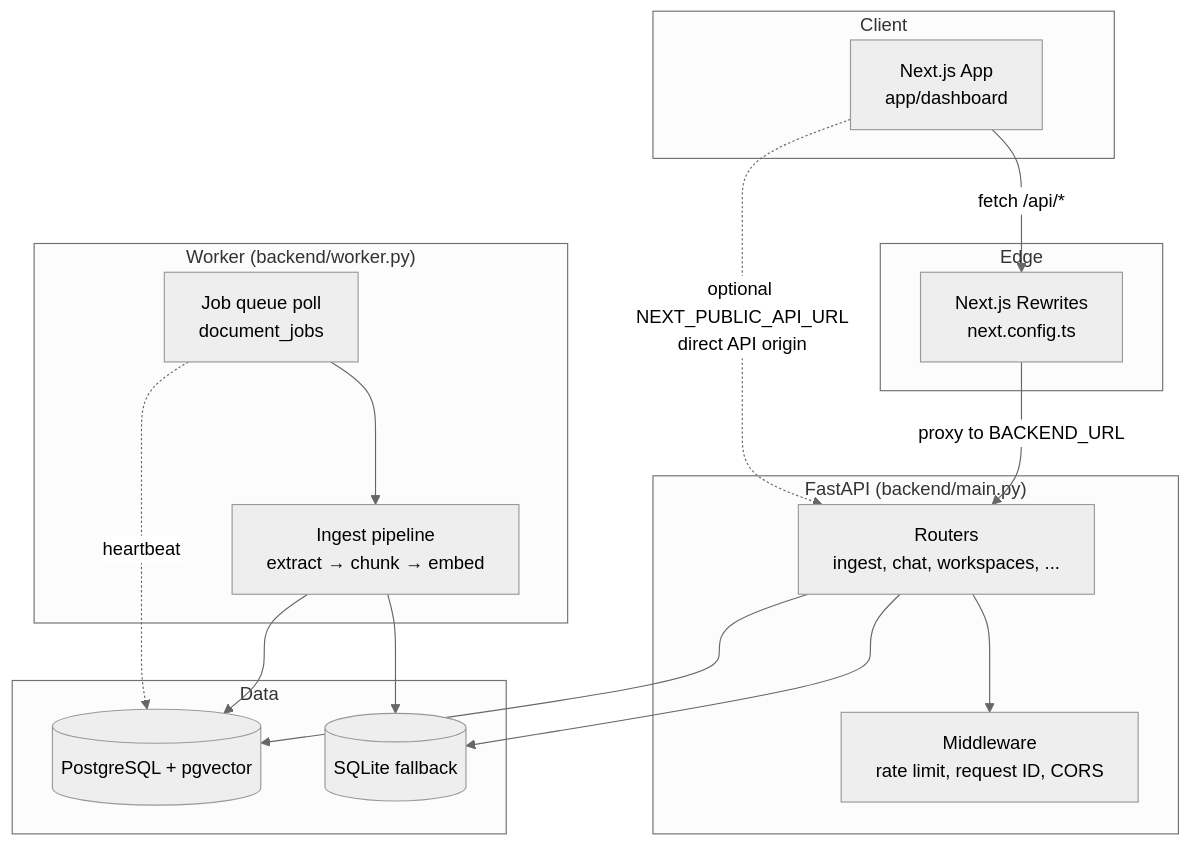
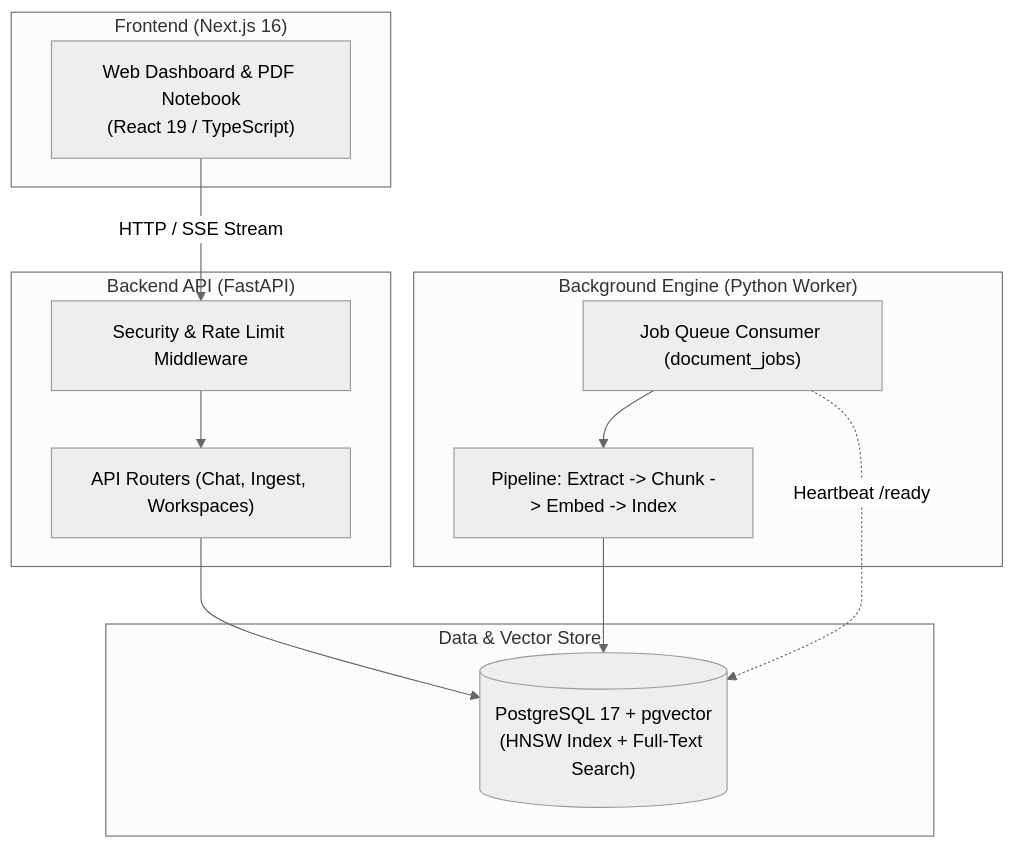
Before and after one commit to khoiabc2020/Advanced-RAG-Document-Intelligence: the first of 3 diagrams in README.md, drawn with Mermaid (neutral theme). The commit also changed other lines of this file, not shown here.

Commit message:
docs: streamline README into concise showcase format with validated architecture diagrams

````diff
--- a/README.md
+++ b/README.md
@@ -179,36 +85,27 @@
 ```mermaid
 flowchart TB
-  subgraph Client
-    UI[Next.js App<br/>app/dashboard]
+  subgraph Client["Frontend (Next.js 16)"]
+    UI["Web Dashboard & PDF Notebook<br/>(React 19 / TypeScript)"]
   end
 
-  subgraph Edge
-    NX[Next.js Rewrites<br/>next.config.ts]
+  subgraph API["Backend API (FastAPI)"]
+    MW["Security & Rate Limit Middleware"]
+    R["API Routers (Chat, Ingest, Workspaces)"]
   end
 
-  subgraph API["FastAPI (backend/main.py)"]
-    MW[Middleware<br/>rate limit, request ID, CORS]
-    R[Routers<br/>ingest, chat, workspaces, ...]
+  subgraph Worker["Background Engine (Python Worker)"]
+    JQ["Job Queue Consumer (document_jobs)"]
+    PIPE["Pipeline: Extract -> Chunk -> Embed -> Index"]
   end
 
-  subgraph Worker["Worker (backend/worker.py)"]
-    JQ[Job queue poll<br/>document_jobs]
-    PIPE[Ingest pipeline<br/>extract → chunk → embed]
+  subgraph Storage["Data & Vector Store"]
+    PG[("PostgreSQL 17 + pgvector<br/>(HNSW Index + Full-Text Search)")]
   end
 
-  subgraph Data
-    PG[(PostgreSQL + pgvector)]
-    SQL[(SQLite fallback)]
-  end
-
-  UI -->|fetch /api/*| NX
-  NX -->|proxy to BACKEND_URL| R
-  UI -.->|optional NEXT_PUBLIC_API_URL<br/>direct API origin| R
-  R --> MW
+  UI -->|HTTP / SSE Stream| MW
+  MW --> R
   R --> PG
-  R --> SQL
   JQ --> PIPE
   PIPE --> PG
-  PIPE --> SQL
-  JQ -.->|heartbeat| PG
+  JQ -.->|Heartbeat /ready| PG
 ```
````
